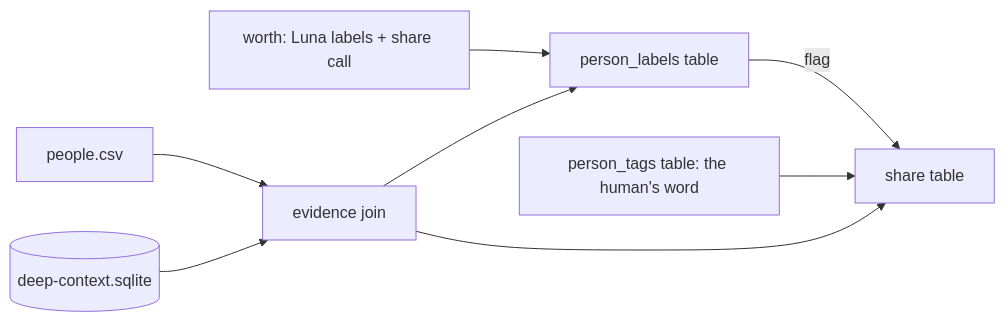
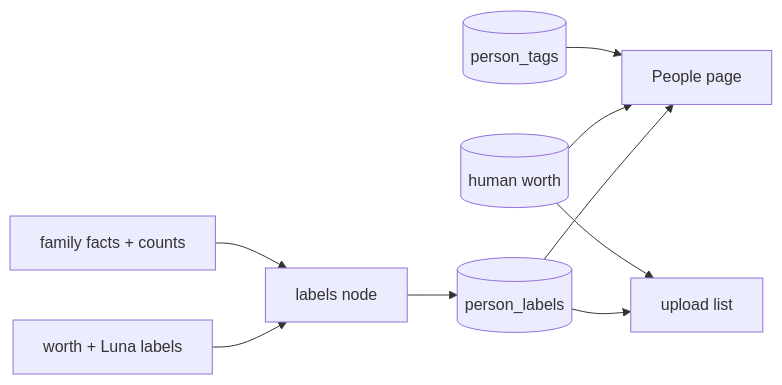
The diagram in packs/ingestion/primitives/share/README.md (powerset-co/powerpacks), drawn with Mermaid before and after one commit. The commit also changed other lines of this file and 66 other files, not shown here.

First line of the commit message:
feat(people): worth yes/no in place of share; the upload behind a local switch

````diff
--- a/packs/ingestion/primitives/share/README.md
+++ b/packs/ingestion/primitives/share/README.md
@@ -8,10 +6,11 @@
 ```mermaid
 flowchart LR
-  F[worth: Luna labels + share call] --> PL[person_labels table]
-  P[people.csv] --> E[evidence join]
-  DB[(deep-context.sqlite)] --> E
-  E --> PL
-  E --> S[share table]
-  T[person_tags table: the human's word] --> S
-  PL -->|flag| S
+  W[worth + Luna labels] --> L[labels node]
+  E[family facts + counts] --> L
+  L --> PL[(person_labels)]
+  PL --> P[People page]
+  HW[(human worth)] --> P
+  T[(person_tags)] --> P
+  PL --> U[upload list]
+  HW --> U
 ```
````
